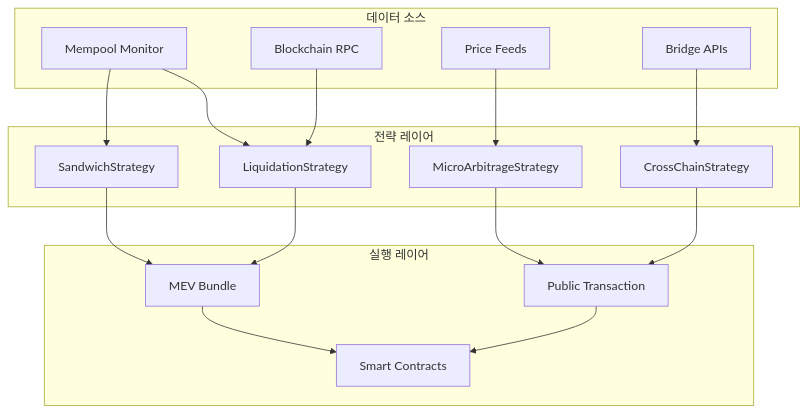
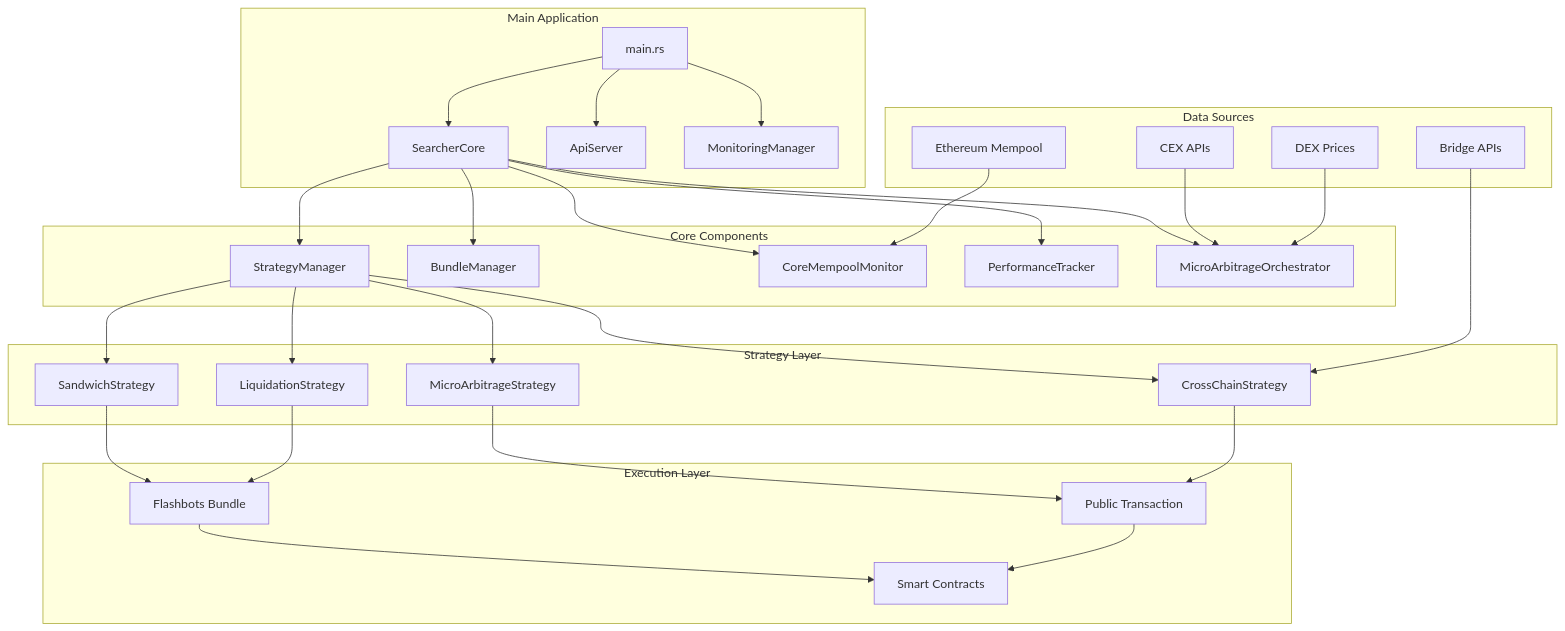
One commit to blockbit-hama/xCrack changed the first of 10 diagrams in docs/architecture.md. Above: the diagram before and after it, drawn with Mermaid. The commit also changed other lines of this file and 62 other files, not shown here.

````diff
--- a/docs/architecture.md
+++ b/docs/architecture.md
@@ -77,36 +71,65 @@
 ```mermaid
 graph TB
-    subgraph "전략 레이어"
-        SS[SandwichStrategy]
-        LS[LiquidationStrategy]
-        MA[MicroArbitrageStrategy]
-        CA[CrossChainStrategy]
+    subgraph "Main Application"
+        MAIN[main.rs]
+        SC[SearcherCore]
+        API[ApiServer]
+        MON[MonitoringManager]
     end
     
-    subgraph "데이터 소스"
-        MP[Mempool Monitor]
-        PF[Price Feeds]
-        BR[Bridge APIs]
-        BC[Blockchain RPC]
+    subgraph "Core Components"
+        SM[StrategyManager]
+        BM[BundleManager] 
+        CMM[CoreMempoolMonitor]
+        PT[PerformanceTracker]
+        MAO[MicroArbitrageOrchestrator]
     end
     
-    subgraph "실행 레이어"
-        PT[Public Transaction]
-        MB[MEV Bundle]
-        SC[Smart Contracts]
+    subgraph "Strategy Layer"
+        SAND[SandwichStrategy]
+        LIQ[LiquidationStrategy] 
+        MICRO[MicroArbitrageStrategy]
+        CROSS[CrossChainStrategy]
     end
     
-    MP --> SS
-    MP --> LS
-    PF --> MA
-    BR --> CA
-    BC --> LS
+    subgraph "Data Sources"
+        MEMPOOL[Ethereum Mempool]
+        CEX[CEX APIs]
+        DEX[DEX Prices]
+        BRIDGE[Bridge APIs]
+    end
     
-    SS --> MB
-    LS --> MB
-    MA --> PT
-    CA --> PT
+    subgraph "Execution Layer"
+        FB[Flashbots Bundle]
+        PUBLIC[Public Transaction]
+        SC_CONTRACTS[Smart Contracts]
+    end
     
-    MB --> SC
-    PT --> SC
+    MAIN --> SC
+    MAIN --> API
+    MAIN --> MON
+    
+    SC --> SM
+    SC --> BM
+    SC --> CMM
+    SC --> PT
+    SC --> MAO
+    
+    SM --> SAND
+    SM --> LIQ  
+    SM --> MICRO
+    SM --> CROSS
+    
+    MEMPOOL --> CMM
+    CEX --> MAO
+    DEX --> MAO
+    BRIDGE --> CROSS
+    
+    SAND --> FB
+    LIQ --> FB
+    MICRO --> PUBLIC
+    CROSS --> PUBLIC
+    
+    FB --> SC_CONTRACTS
+    PUBLIC --> SC_CONTRACTS
 ```
````
